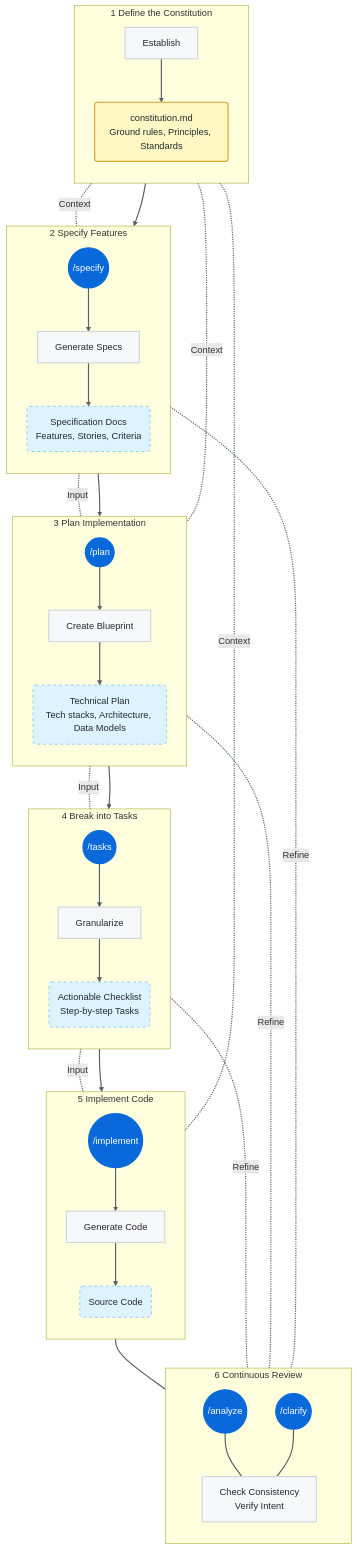
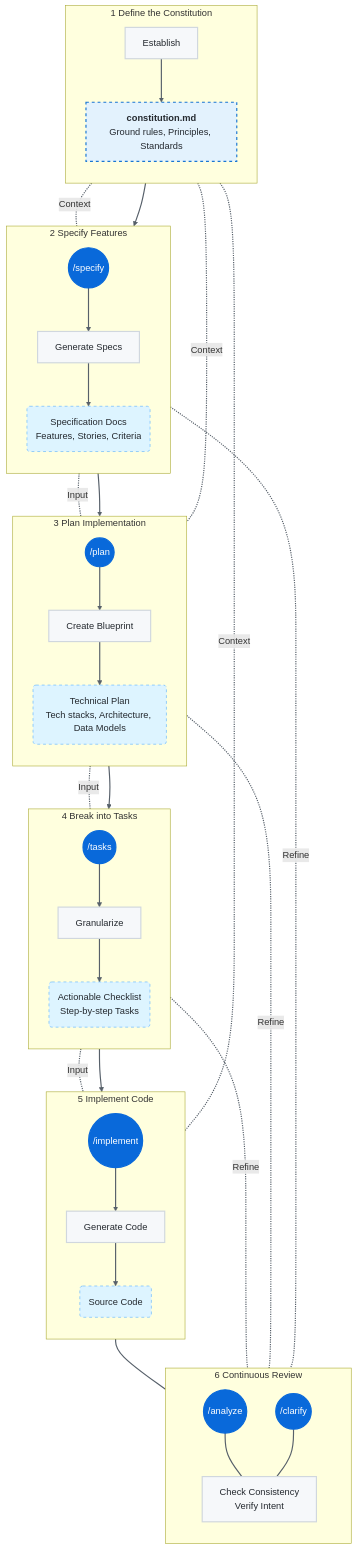
One commit to piky/blog changed the diagram in blog/2025/2025-12-25-spec-driven-development.md. Above: the diagram before and after it, drawn with Mermaid.

Commit message:
Update spec-driven-development blog post with styling

```diff
--- a/blog/2025/2025-12-25-spec-driven-development.md
+++ b/blog/2025/2025-12-25-spec-driven-development.md
@@ -12,7 +12,7 @@
     classDef phase fill:#f6f8fa,stroke:#d0d7de,stroke-width:2px,color:#24292f;
     classDef action fill:#0969da,stroke:#0969da,stroke-width:2px,color:#ffffff,rx:5,ry:5;
     classDef artifact fill:#ddf4ff,stroke:#54aeff,stroke-width:1px,stroke-dasharray: 5 5,color:#24292f;
-    classDef context fill:#fff8c5,stroke:#d4a72c,stroke-width:2px,color:#24292f;
+    classDef context fill:#e3f2fd,stroke:#1976d2,stroke-width:2px,stroke-dasharray: 5 5,color:#24292f;
 
     %% --- Nodes & Structure ---
 
@@ -20,7 +20,7 @@
     subgraph Stage1 [1 Define the Constitution]
         direction TB
         ConstNode[Establish]:::phase
-        ConstFile(constitution.md<br/>Ground rules, Principles, Standards):::context
+        ConstFile[<b>constitution.md</b><br/>Ground rules, Principles, Standards]:::context
         ConstNode --> ConstFile
     end
 
```
